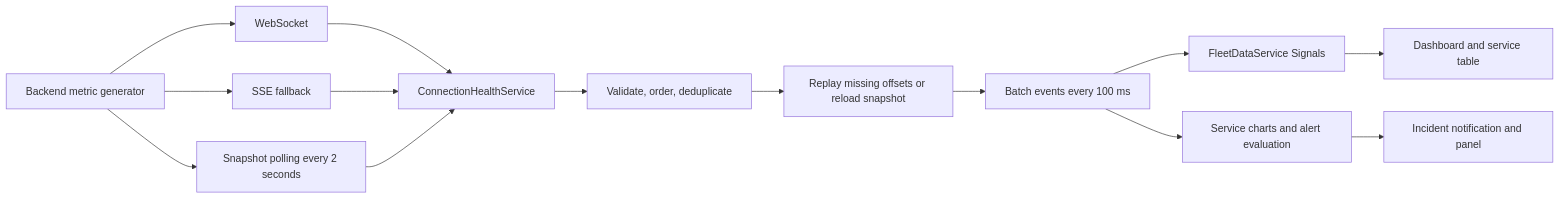
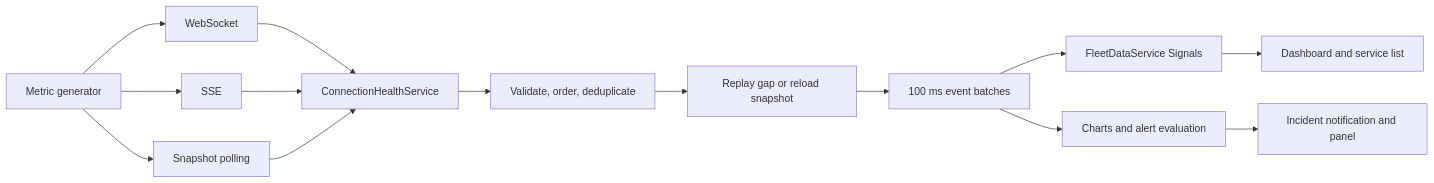
The diagram in README.md (Lipunsatyajit/fleet_management), drawn with Mermaid before and after one commit. The commit also changed other lines of this file and 6 other files, not shown here.

````diff
--- a/README.md
+++ b/README.md
@@ -168,16 +63,16 @@
 ```mermaid
 flowchart LR
-  A[Backend metric generator] --> B[WebSocket]
-  A --> C[SSE fallback]
-  A --> D[Snapshot polling every 2 seconds]
+  A[Metric generator] --> B[WebSocket]
+  A --> C[SSE]
+  A --> D[Snapshot polling]
   B --> E[ConnectionHealthService]
   C --> E
   D --> E
   E --> F[Validate, order, deduplicate]
-  F --> G[Replay missing offsets or reload snapshot]
-  G --> H[Batch events every 100 ms]
+  F --> G[Replay gap or reload snapshot]
+  G --> H[100 ms event batches]
   H --> I[FleetDataService Signals]
-  I --> J[Dashboard and service table]
-  H --> K[Service charts and alert evaluation]
+  I --> J[Dashboard and service list]
+  H --> K[Charts and alert evaluation]
   K --> L[Incident notification and panel]
 ```
````
